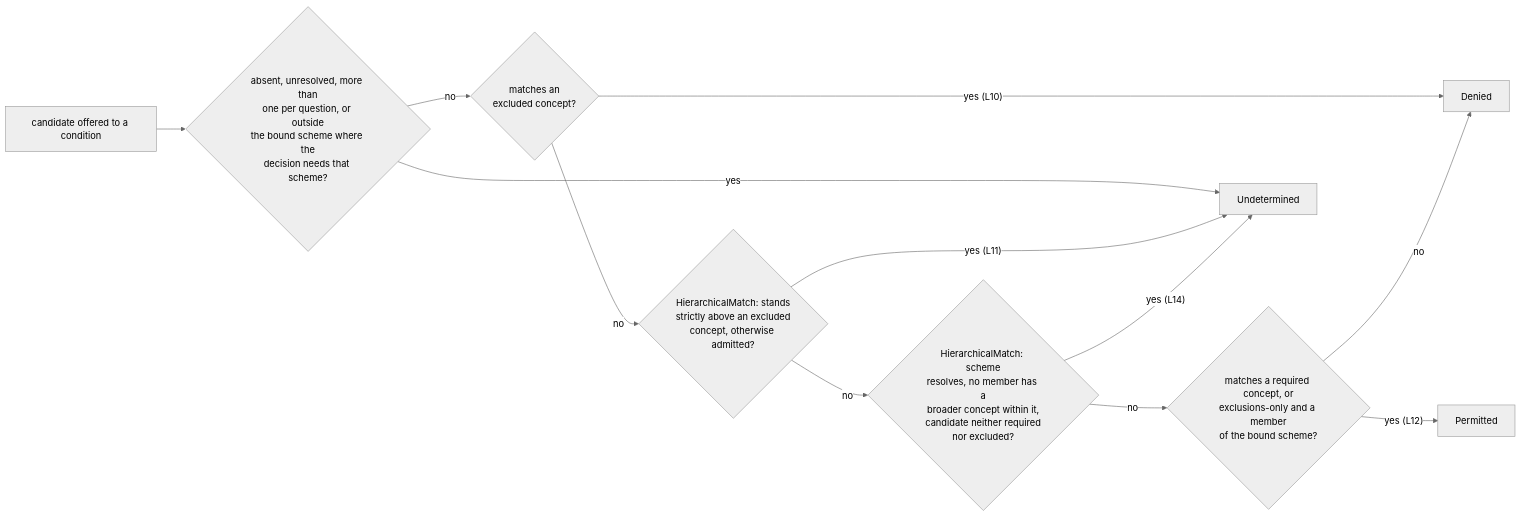
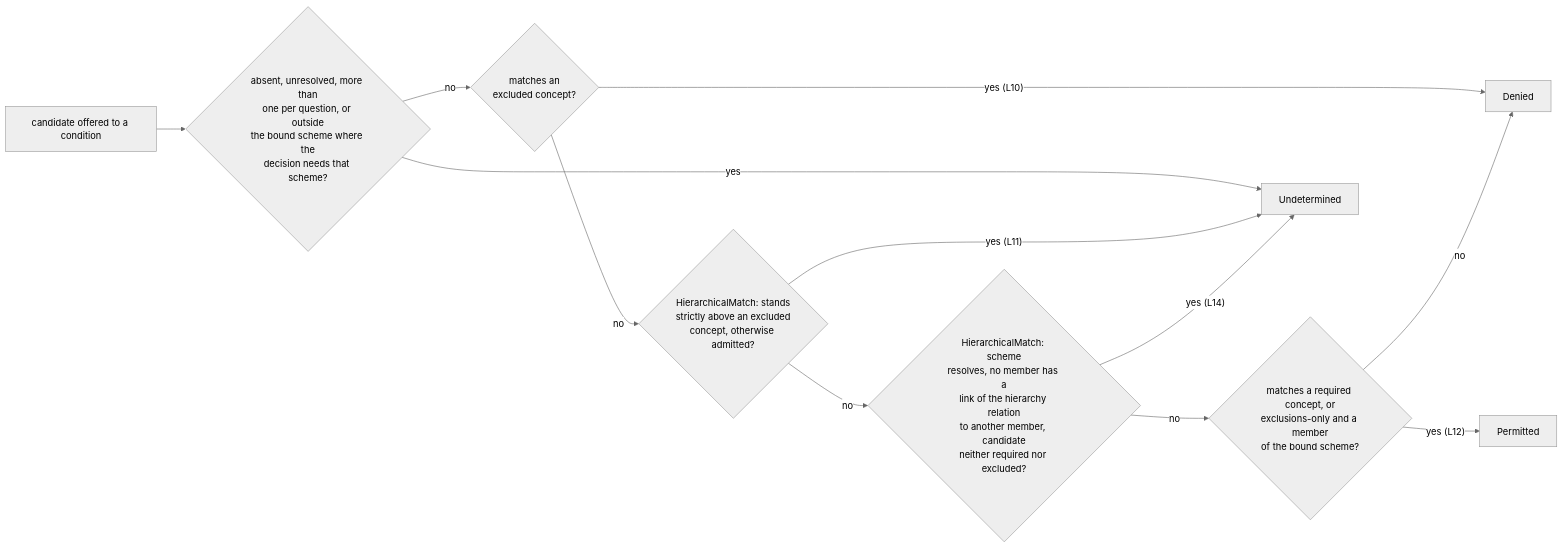
The fourth of 16 diagrams in ontology/eligibility/README.md (nebularis/lattice), drawn with Mermaid (neutral theme) before and after one commit. The commit also changed other lines of this file and 40 other files, not shown here.

First line of the commit message:
[ccs] C9b3c: hierarchical match walks the relation the condition names

````diff
--- a/ontology/eligibility/README.md
+++ b/ontology/eligibility/README.md
@@ -243,23 +247,23 @@
 ```mermaid
 flowchart LR
     Start["candidate offered to a condition"]
     Absent{"absent, unresolved, more than<br/>one per question, or outside<br/>the bound scheme where the<br/>decision needs that scheme?"}
     Excluded{"matches an<br/>excluded concept?"}
     AboveExcl{"HierarchicalMatch: stands<br/>strictly above an excluded<br/>concept, otherwise admitted?"}
-    NoClosure{"HierarchicalMatch: scheme<br/>resolves, no member has a<br/>broader concept within it,<br/>candidate neither required<br/>nor excluded?"}
+    NoClosure{"HierarchicalMatch: scheme<br/>resolves, no member has a<br/>link of the hierarchy relation<br/>to another member, candidate<br/>neither required nor excluded?"}
     Required{"matches a required concept, or<br/>exclusions-only and a member<br/>of the bound scheme?"}
     U["Undetermined"]
     D["Denied"]
     P["Permitted"]
     Start --> Absent
     Absent -- "yes" --> U
     Absent -- "no" --> Excluded
     Excluded -- "yes (L10)" --> D
     Excluded -- "no" --> AboveExcl
     AboveExcl -- "yes (L11)" --> U
     AboveExcl -- "no" --> NoClosure
     NoClosure -- "yes (L14)" --> U
     NoClosure -- "no" --> Required
     Required -- "yes (L12)" --> P
     Required -- "no" --> D
 ```
````
